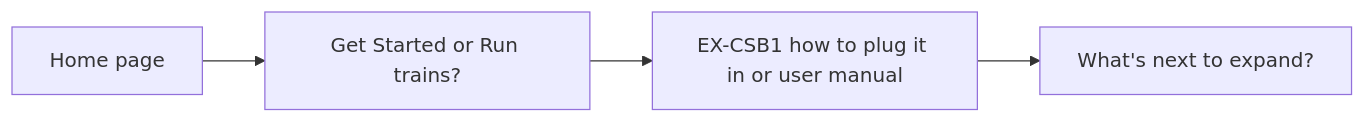
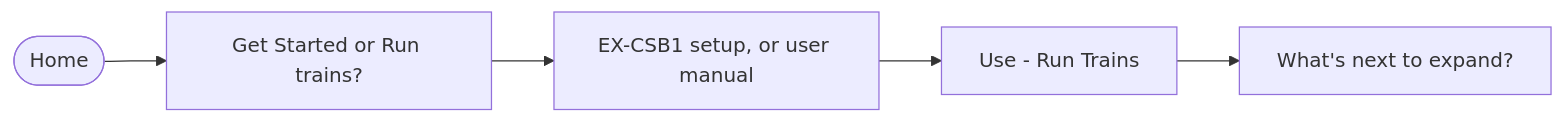
Before and after one commit to DCC-EX/mkdocs-test: the second of 10 diagrams in docs/contributing/user-journeys.md, drawn with Mermaid. The commit also changed other lines of this file and 8 other files, not shown here.

````diff
--- a/docs/contributing/user-journeys.md
+++ b/docs/contributing/user-journeys.md
@@ -22,6 +25,7 @@
 ```mermaid
 graph LR
-    A[Home page] --> B[Get Started or Run trains?];
-    B --> C[EX-CSB1 how to plug it in or user manual];
-    C --> D[What's next to expand?];
+    A([Home]) --> B[Get Started or Run trains?];
+    B --> C[EX-CSB1 setup, or user manual];
+    C --> D[Use - Run Trains];
+    D --> E[What's next to expand?];
 ```
````
